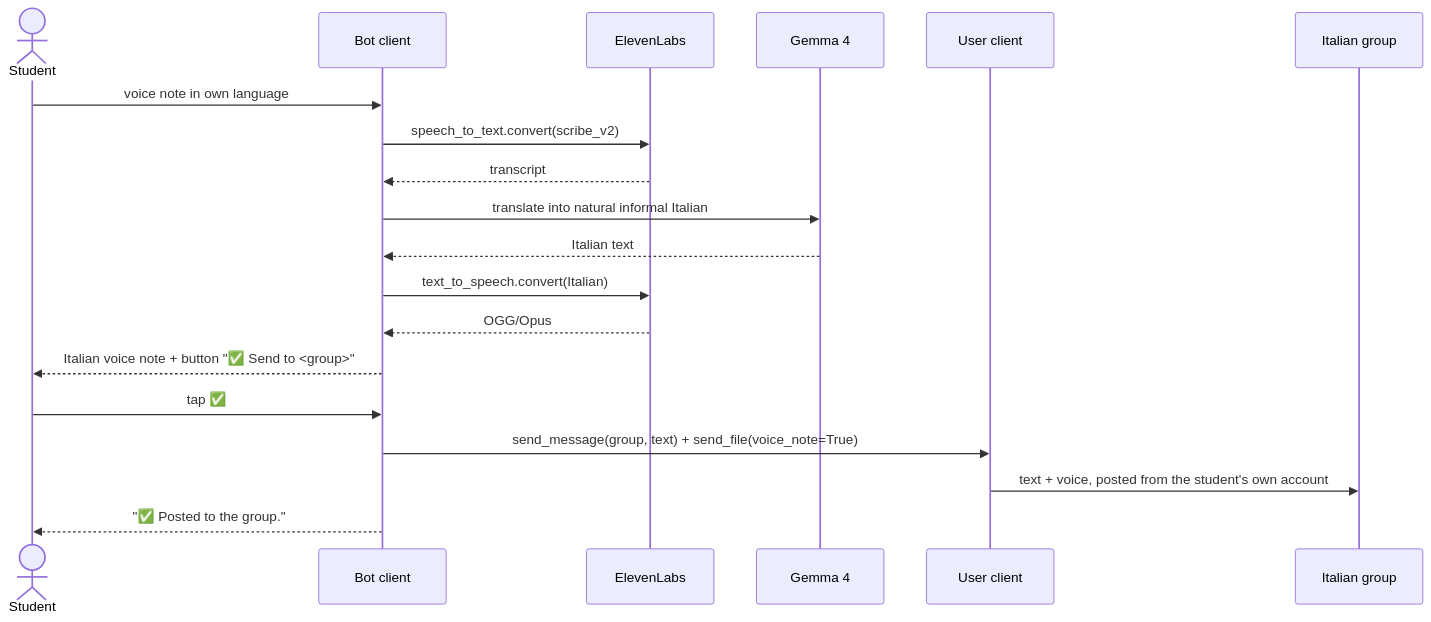
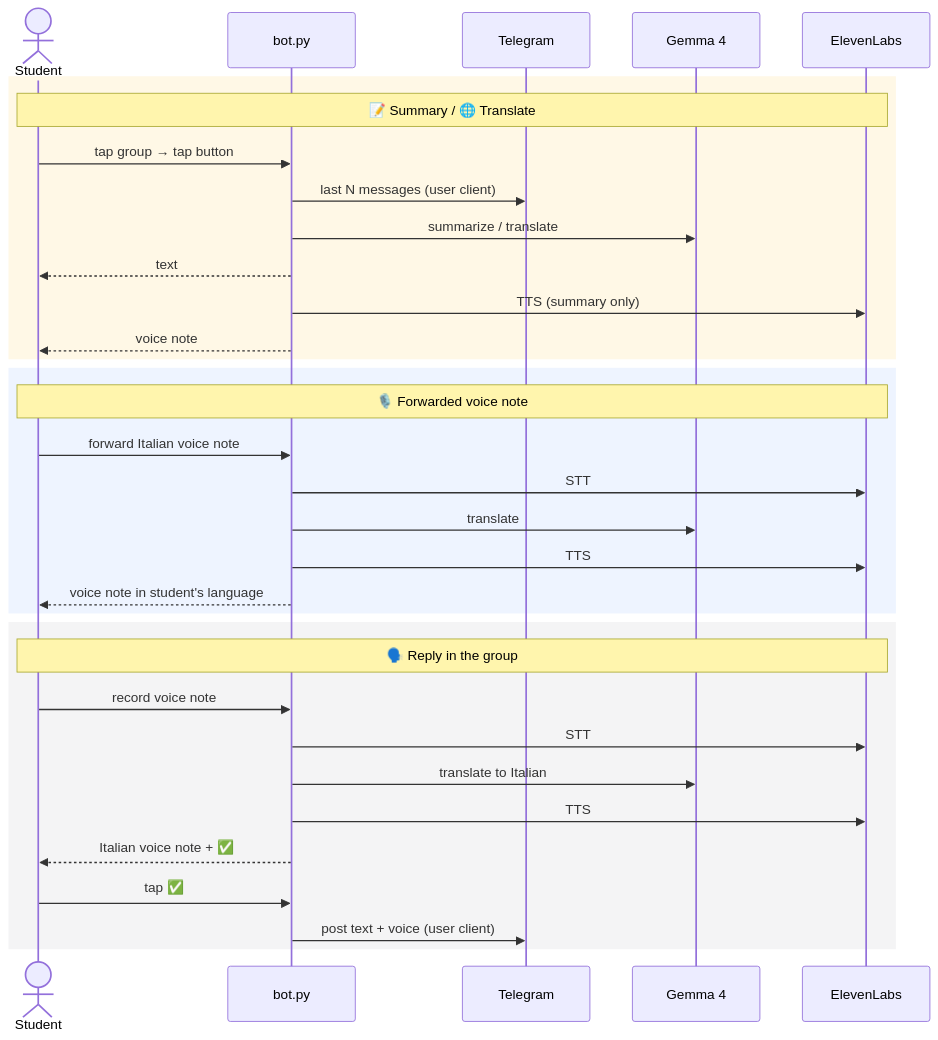
The diagram in architecture.md (pitasialessandro/erasmus-group-translator), drawn with Mermaid before and after one commit. The commit also changed other lines of this file and 1 other file, not shown here.

Commit message:
Minimal architecture doc and diagram

````diff
--- a/architecture.md
+++ b/architecture.md
@@ -103,22 +16,38 @@
 ```mermaid
 sequenceDiagram
     actor S as Student
-    participant B as Bot client
-    participant EL as ElevenLabs
-    participant LLM as Gemma 4
-    participant U as User client
-    participant G as Italian group
+    participant B as bot.py
+    participant T as Telegram
+    participant G as Gemma 4
+    participant E as ElevenLabs
 
-    S->>B: voice note in own language
-    B->>EL: speech_to_text.convert(scribe_v2)
-    EL-->>B: transcript
-    B->>LLM: translate into natural informal Italian
-    LLM-->>B: Italian text
-    B->>EL: text_to_speech.convert(Italian)
-    EL-->>B: OGG/Opus
-    B-->>S: Italian voice note + button "✅ Send to <group>"
+    rect rgb(255, 248, 230)
+    Note over S,E: 📝 Summary / 🌐 Translate
+    S->>B: tap group → tap button
+    B->>T: last N messages (user client)
+    B->>G: summarize / translate
+    B-->>S: text
+    B->>E: TTS (summary only)
+    B-->>S: voice note
+    end
+
+    rect rgb(238, 244, 255)
+    Note over S,E: 🎙️ Forwarded voice note
+    S->>B: forward Italian voice note
+    B->>E: STT
+    B->>G: translate
+    B->>E: TTS
+    B-->>S: voice note in student's language
+    end
+
+    rect rgb(244, 244, 245)
+    Note over S,E: 🗣️ Reply in the group
+    S->>B: record voice note
+    B->>E: STT
+    B->>G: translate to Italian
+    B->>E: TTS
+    B-->>S: Italian voice note + ✅
     S->>B: tap ✅
-    B->>U: send_message(group, text) + send_file(voice_note=True)
-    U->>G: text + voice, posted from the student's own account
-    B-->>S: "✅ Posted to the group."
+    B->>T: post text + voice (user client)
+    end
 ```
````
